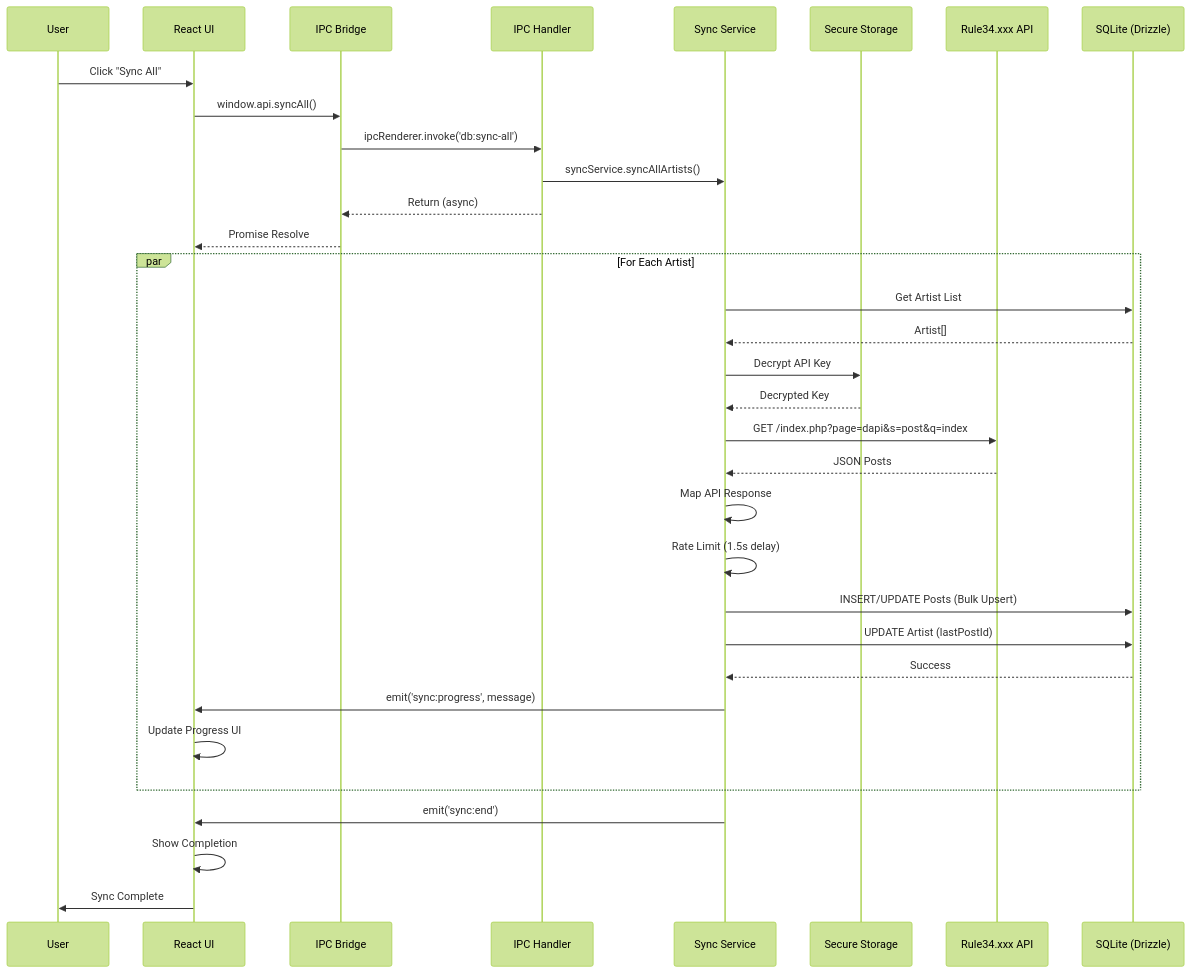
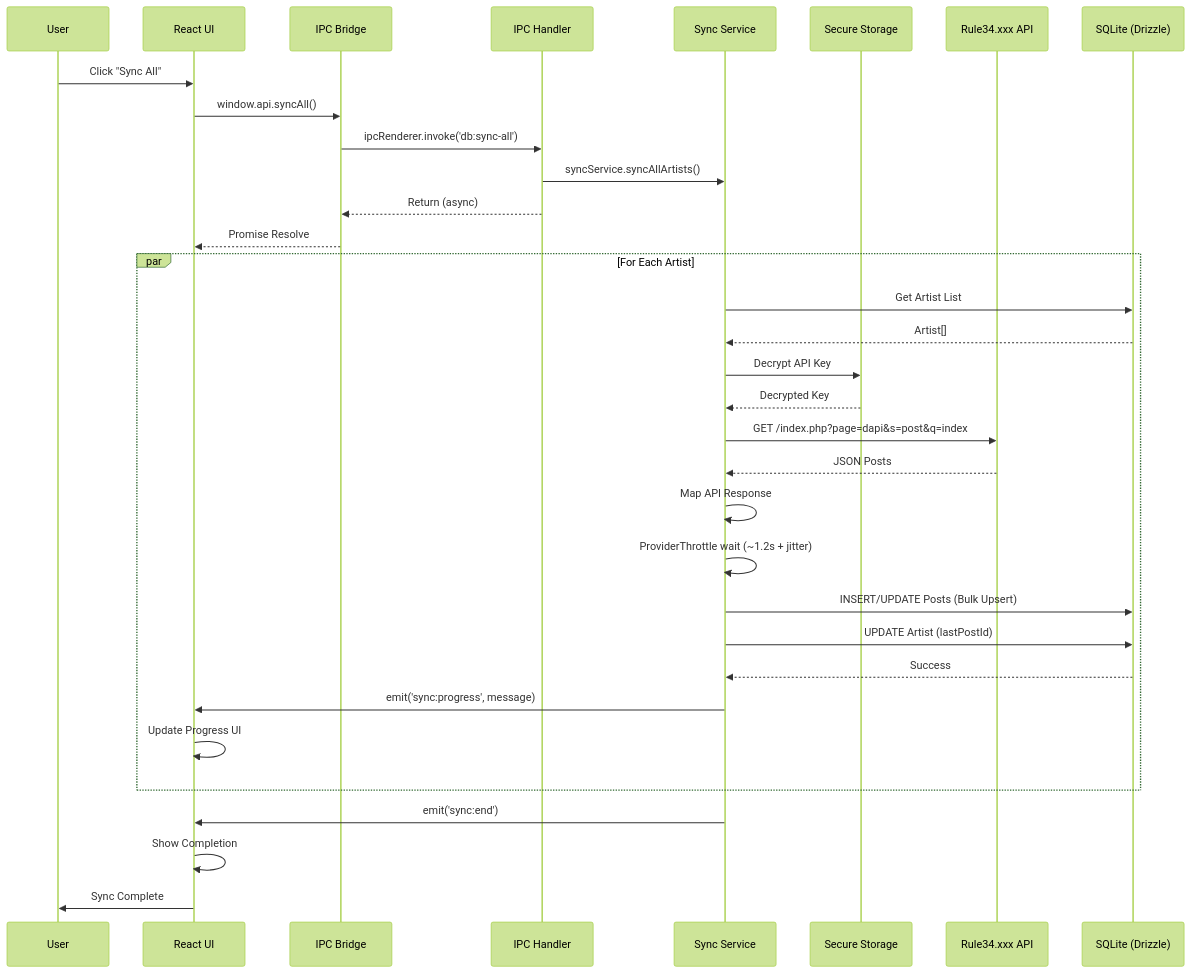
The ninth of 11 diagrams in docs/architecture.md (KazeKaze93/RuleDesk), drawn with Mermaid (forest theme) before and after one commit. The commit also changed other lines of this file and 1 other file, not shown here.

````diff
--- a/docs/architecture.md
+++ b/docs/architecture.md
@@ -1087,43 +1087,43 @@
 ```mermaid
 sequenceDiagram
     participant User
     participant ReactUI as React UI
     participant Bridge as IPC Bridge
     participant IPC as IPC Handler
     participant SyncService as Sync Service
     participant SecureStorage as Secure Storage
     participant Rule34API as Rule34.xxx API
     participant DB as SQLite (Drizzle)
 
     User->>ReactUI: Click "Sync All"
     ReactUI->>Bridge: window.api.syncAll()
     Bridge->>IPC: ipcRenderer.invoke('db:sync-all')
     IPC->>SyncService: syncService.syncAllArtists()
     IPC-->>Bridge: Return (async)
     Bridge-->>ReactUI: Promise Resolve
 
     par For Each Artist
         SyncService->>DB: Get Artist List
         DB-->>SyncService: Artist[]
 
         SyncService->>SecureStorage: Decrypt API Key
         SecureStorage-->>SyncService: Decrypted Key
 
         SyncService->>Rule34API: GET /index.php?page=dapi&s=post&q=index
         Rule34API-->>SyncService: JSON Posts
 
         SyncService->>SyncService: Map API Response
-        SyncService->>SyncService: Rate Limit (1.5s delay)
+        SyncService->>SyncService: ProviderThrottle wait (~1.2s + jitter)
 
         SyncService->>DB: INSERT/UPDATE Posts (Bulk Upsert)
         SyncService->>DB: UPDATE Artist (lastPostId)
         DB-->>SyncService: Success
 
         SyncService->>ReactUI: emit('sync:progress', message)
         ReactUI->>ReactUI: Update Progress UI
     end
 
     SyncService->>ReactUI: emit('sync:end')
     ReactUI->>ReactUI: Show Completion
     ReactUI->>User: Sync Complete
 ```
````
